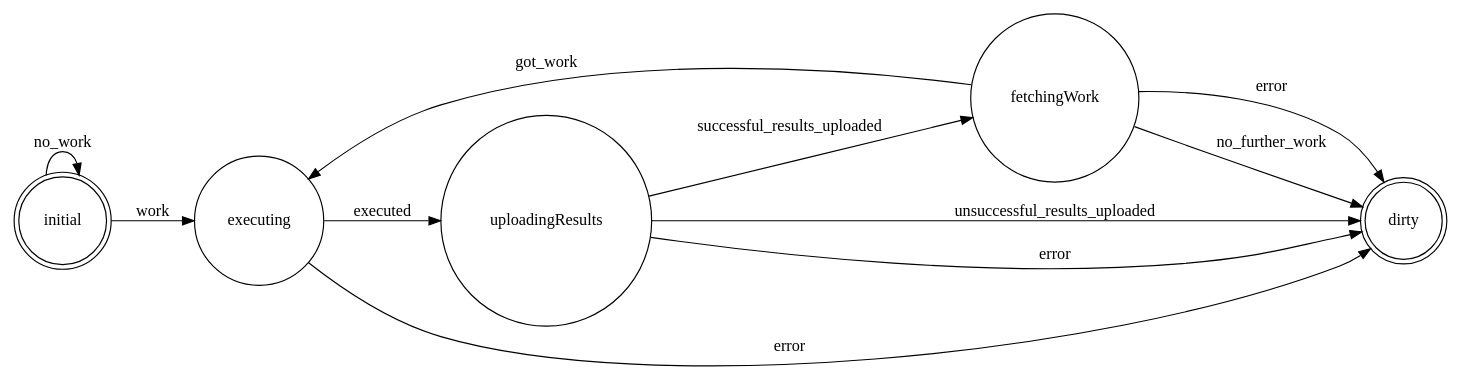
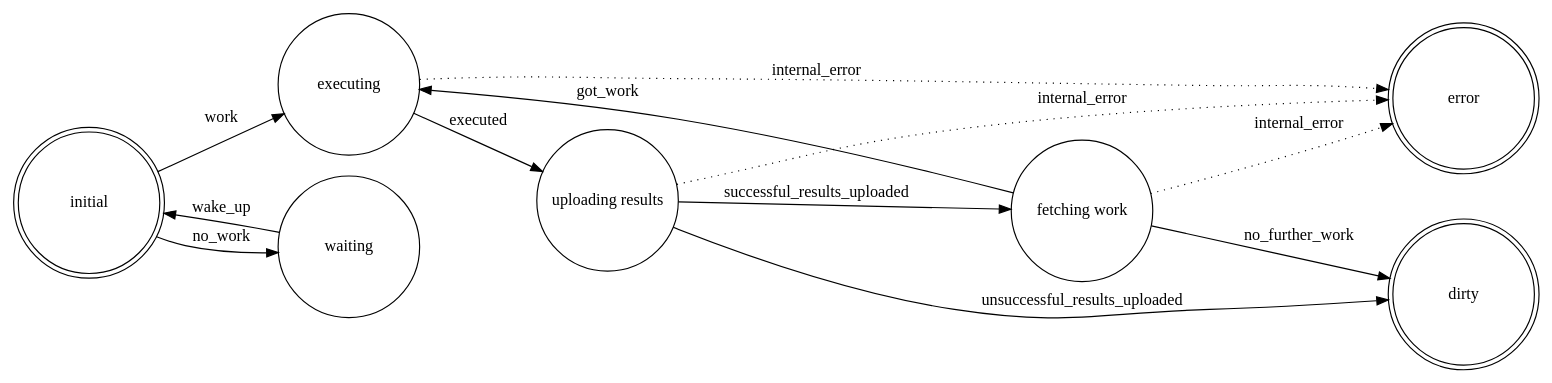
One commit to MalteSchledjewski/sikuliator-master-node changed the diagram in documentation/client/client_fsm.gv. Above: the diagram before and after it, drawn with Graphviz. The commit also changed 1 other file, not shown here.

```diff
--- a/documentation/client/client_fsm.gv
+++ b/documentation/client/client_fsm.gv
@@ -1,16 +1,21 @@
 digraph finite_state_machine {
 	rankdir=LR;
-	node [shape = doublecircle]; initial dirty;
-	node [shape = circle]; fetchingWork executing uploadingResults;
-	initial -> initial [ label = "no_work" ];
-	initial -> executing [ label = "work" ];
-	fetchingWork -> dirty [ label = "no_further_work" ];
-	fetchingWork -> dirty [ label = "error" ];
-	fetchingWork -> executing [ label = "got_work" ];
-	executing -> dirty [ label = "error" ];
-	uploadingResults -> dirty [ label = "error" ];
-	uploadingResults -> dirty [ label = "unsuccessful_results_uploaded" ];
-	uploadingResults -> fetchingWork [ label = "successful_results_uploaded" ];
-	executing -> uploadingResults [ label = "executed" ];
+	node [shape = doublecircle, fixedsize=true, width=1.7]; 
+	initial dirty error;
+	node [shape = circle, fixedsize=true, width=1.7]; 
+	fetchingWork [label="fetching work"];
+	uploadingResults [label="uploading results"];
+	executing waiting;
+	initial -> waiting [ label = "no_work"];
+	initial -> executing [ label = "work"];
+	waiting -> initial [ label = "wake_up"];
+	fetchingWork -> dirty [ label = "no_further_work"];
+	fetchingWork -> error [ label = "internal_error", style=dotted];
+	fetchingWork -> executing [ label = "got_work"];
+	executing -> error [ label = "internal_error", style=dotted];
+	uploadingResults -> error [ label = "internal_error", style=dotted];
+	uploadingResults -> dirty [ label = "unsuccessful_results_uploaded"];
+	uploadingResults -> fetchingWork [ label = "successful_results_uploaded"];
+	executing -> uploadingResults [ label = "executed"];
 	
 }
```
